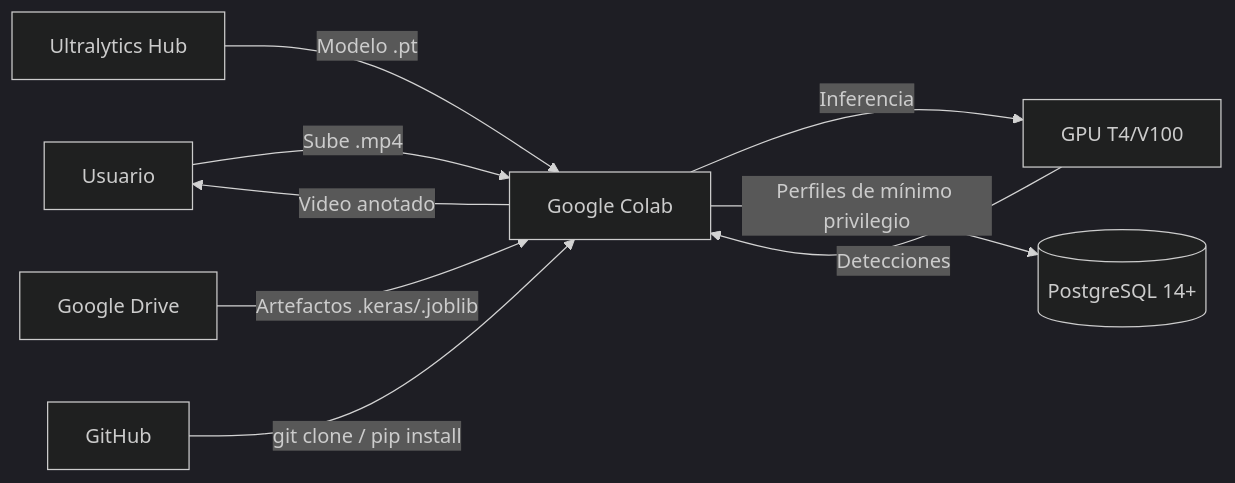
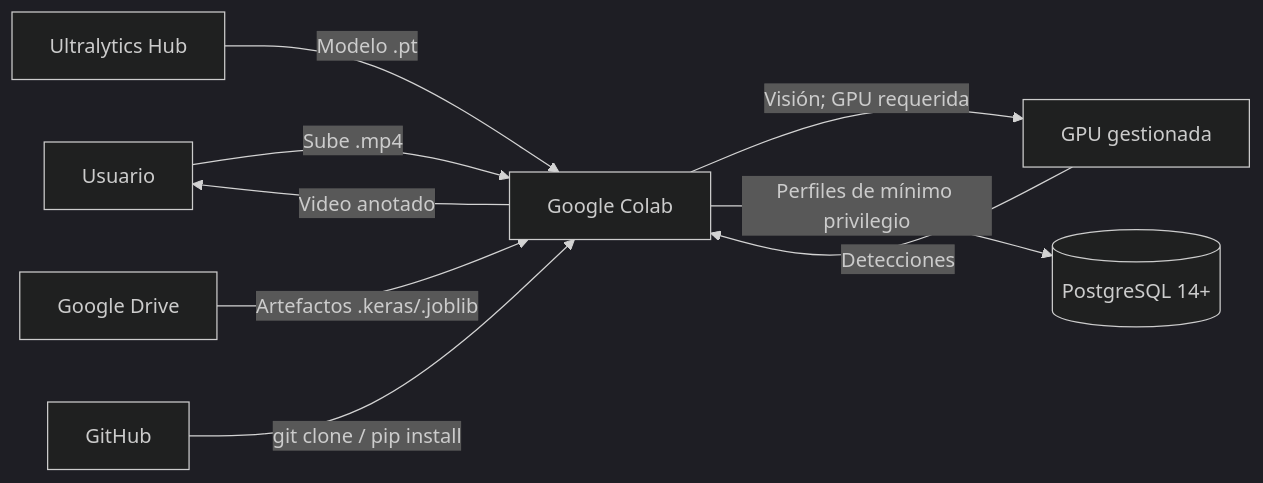
The diagram in docs/operations/deployment.md (aka-titesen/vaaet), drawn with Mermaid (dark theme) before and after one commit. The commit also changed other lines of this file and 39 other files, not shown here.

````diff
--- a/docs/operations/deployment.md
+++ b/docs/operations/deployment.md
@@ -36,11 +36,11 @@
 ```mermaid
 flowchart LR
     A[Usuario] -->|Sube .mp4| B[Google Colab]
-    B -->|Inferencia| C[GPU T4/V100]
+    B -->|Visión; GPU requerida| C[GPU gestionada]
     C -->|Detecciones| B
     B -->|Perfiles de mínimo privilegio| D[(PostgreSQL 14+)]
     B -->|Video anotado| A
     E[Ultralytics Hub] -->|Modelo .pt| B
     F[Google Drive] -->|Artefactos .keras/.joblib| B
     G[GitHub] -->|git clone / pip install| B
 ```
````
